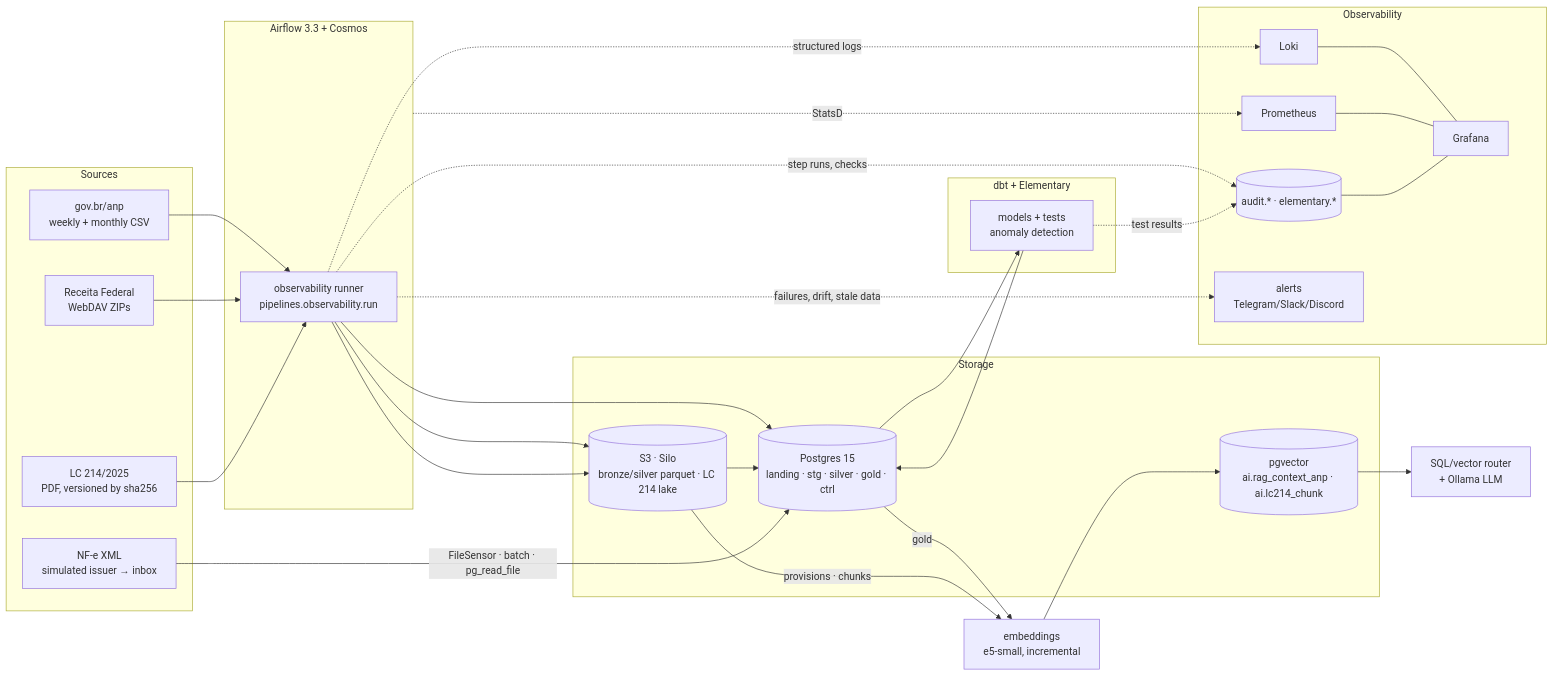
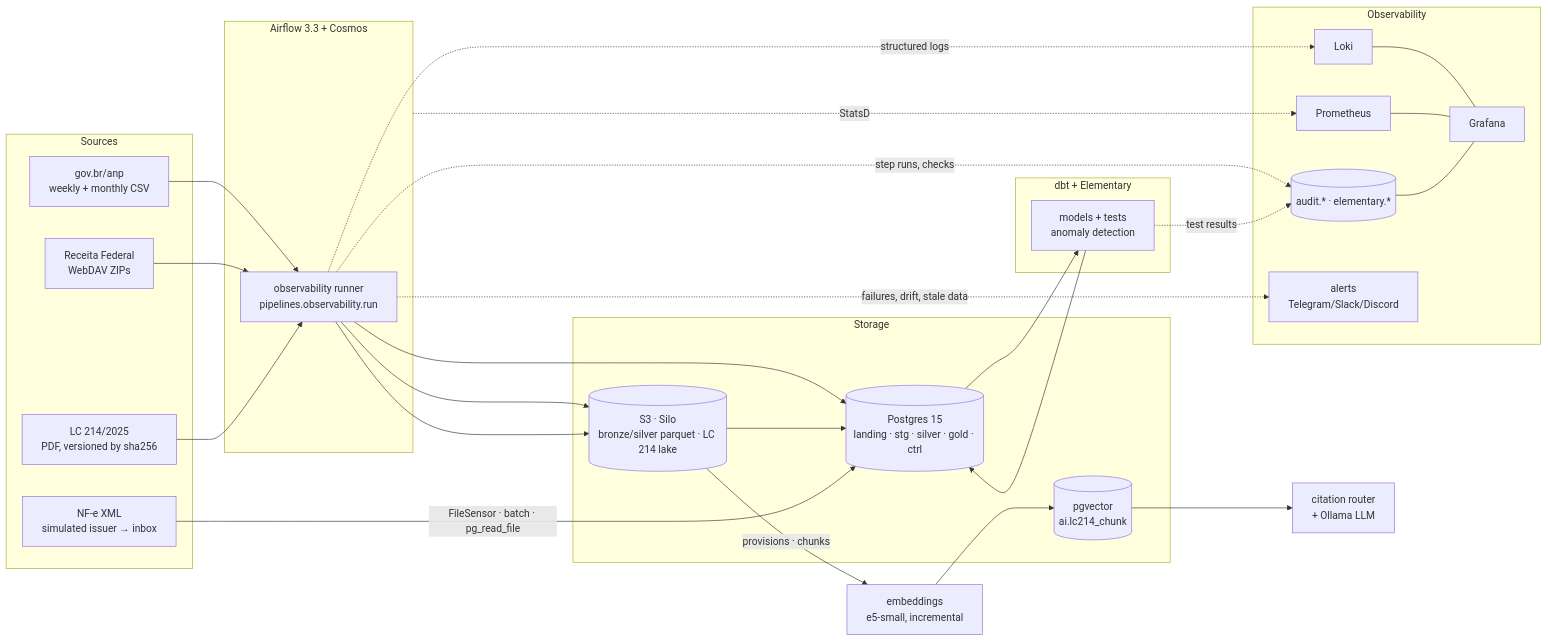
One commit to engrodrigoa/datalabs changed the diagram in README.md. Above: the diagram before and after it, drawn with Mermaid. The commit also changed other lines of this file and 34 other files, not shown here.

````diff
--- a/README.md
+++ b/README.md
@@ -38,43 +38,42 @@
 ```mermaid
 flowchart LR
   subgraph Sources
     ANP[gov.br/anp<br/>weekly + monthly CSV]
     RFB[Receita Federal<br/>WebDAV ZIPs]
     NFE[NF-e XML<br/>simulated issuer → inbox]
     LAW[LC 214/2025<br/>PDF, versioned by sha256]
   end
 
   subgraph Orchestration[Airflow 3.3 + Cosmos]
     RUN[observability runner<br/>pipelines.observability.run]
   end
 
   subgraph Storage
     MINIO[(S3 · Silo<br/>bronze/silver parquet · LC 214 lake)]
     PG[(Postgres 15<br/>landing · stg · silver · gold · ctrl)]
-    VEC[(pgvector<br/>ai.rag_context_anp · ai.lc214_chunk)]
+    VEC[(pgvector<br/>ai.lc214_chunk)]
   end
 
   subgraph Transform[dbt + Elementary]
     DBT[models + tests<br/>anomaly detection]
   end
 
   ANP --> RUN --> PG
   RFB --> RUN --> MINIO --> PG
   NFE -- FileSensor · batch · pg_read_file --> PG
   PG --> DBT --> PG
-  PG -- gold --> EMB[embeddings<br/>e5-small, incremental] --> VEC --> RAG[SQL/vector router<br/>+ Ollama LLM]
-  LAW --> RUN --> MINIO -- provisions · chunks --> EMB
+  LAW --> RUN --> MINIO -- provisions · chunks --> EMB[embeddings<br/>e5-small, incremental] --> VEC --> RAG[citation router<br/>+ Ollama LLM]
 
   subgraph Observability
     LOKI[Loki] --- GRAF[Grafana]
     PROM[Prometheus] --- GRAF
     AUD[(audit.* · elementary.*)] --- GRAF
     ALERT[alerts<br/>Telegram/Slack/Discord]
   end
 
   RUN -. structured logs .-> LOKI
   Orchestration -. StatsD .-> PROM
   RUN -. step runs, checks .-> AUD
   DBT -. test results .-> AUD
   RUN -. failures, drift, stale data .-> ALERT
 ```
````
